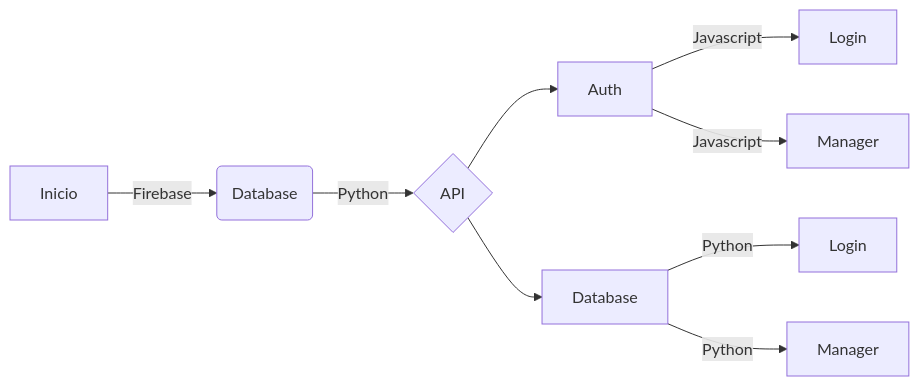
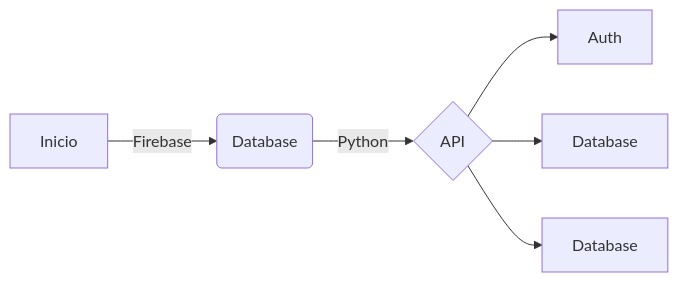
Before and after one commit to SauloCandeira/pattern-firebase: the diagram in readme.md, drawn with Mermaid.

````diff
--- a/readme.md
+++ b/readme.md
@@ -13,11 +13,8 @@
 ```mermaid
 flowchart LR
 A[Inicio] -->|Firebase| B(Database)
 B --> |Python| C{API}
 C --> D[Auth]
 C --> E[Database]
-E --> |Python| F[Login]
-D -->|Javascript| G[Login]
-D -->|Javascript| H[Manager]
-E --> |Python| I[Manager]
+C --> F[Database]
 ```
````
